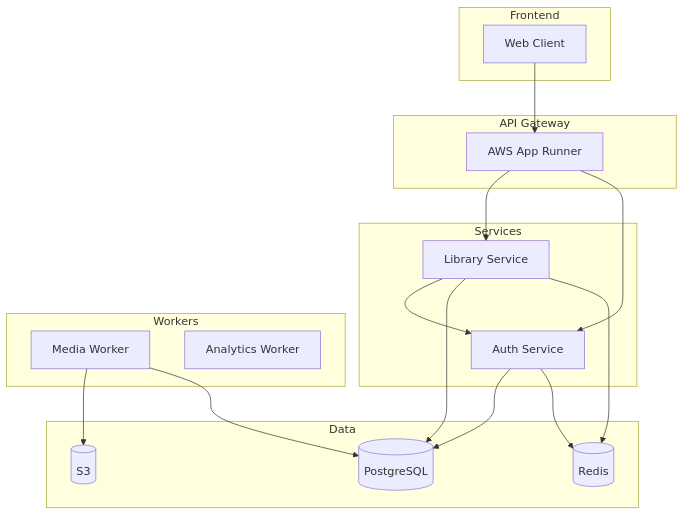
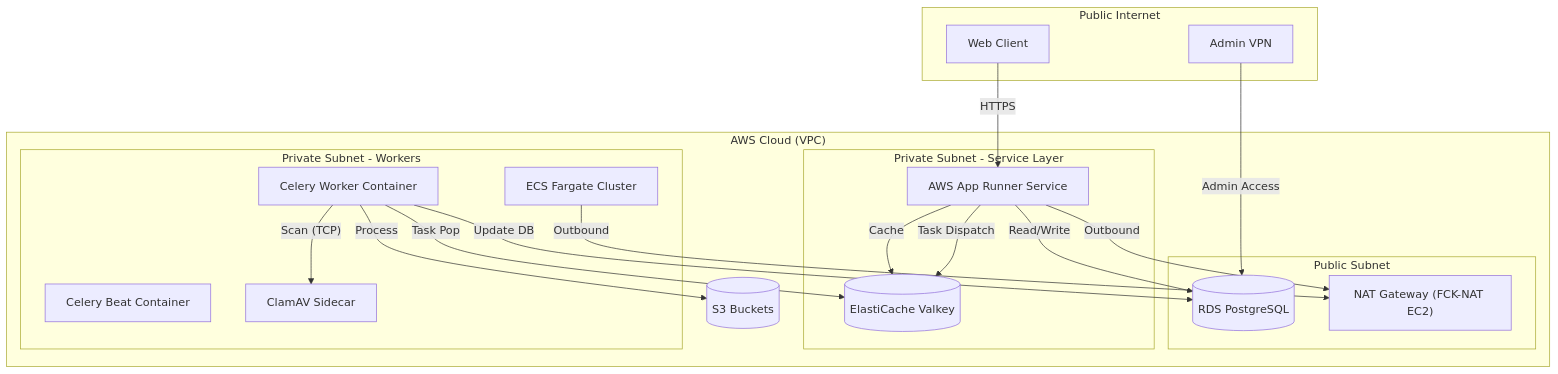
The diagram in docs/technical-report.md (ringlochid/openshelves-core), drawn with Mermaid before and after one commit. The commit also changed other lines of this file and 7 other files, not shown here.

````diff
--- a/docs/technical-report.md
+++ b/docs/technical-report.md
@@ -29,37 +33,48 @@
 ```mermaid
 graph TB
-    subgraph "Frontend"
+    subgraph "Public Internet"
         Client[Web Client]
+        VPN[Admin VPN]
     end
     
-    subgraph "API Gateway"
-        AppRunner[AWS App Runner]
+    subgraph "AWS Cloud (VPC)"
+        subgraph "Public Subnet"
+            RDS[("RDS PostgreSQL")]
+            NAT["NAT Gateway (FCK-NAT EC2)"]
+        end
+        
+        subgraph "Private Subnet - Service Layer"
+            AppRunner[AWS App Runner Service]
+            Redis[("ElastiCache Valkey")]
+        end
+        
+        subgraph "Private Subnet - Workers"
+            Fargate[ECS Fargate Cluster]
+            CeleryWorker[Celery Worker Container]
+            CeleryBeat[Celery Beat Container]
+            ClamAV[ClamAV Sidecar]
+        end
+        
+        S3[(S3 Buckets)]
     end
     
-    subgraph "Services"
-        Library[Library Service]
-        Auth[Auth Service]
-    end
+    %% Traffic Flow
+    Client --HTTPS--> AppRunner
+    VPN --Admin Access--> RDS
     
-    subgraph "Workers"
-        MediaWorker[Media Worker]
-        AnalyticsWorker[Analytics Worker]
-    end
+    %% Service Communications
+    AppRunner --Read/Write--> RDS
+    AppRunner --Cache--> Redis
+    AppRunner --Task Dispatch--> Redis
     
-    subgraph "Data"
-        PG[(PostgreSQL)]
-        Redis[(Redis)]
-        S3[(S3)]
-    end
+    %% Worker Communications
+    CeleryWorker --Task Pop--> Redis
+    CeleryWorker --Process--> S3
+    CeleryWorker --Scan (TCP)--> ClamAV
+    CeleryWorker --Update DB--> RDS
     
-    Client --> AppRunner
-    AppRunner --> Library
-    AppRunner --> Auth
-    Library --> Auth
-    Library --> PG
-    Library --> Redis
-    Auth --> PG
-    Auth --> Redis
-    MediaWorker --> S3
-    MediaWorker --> PG
+    %% External Access via NAT
+    Fargate --Outbound--> NAT
+    AppRunner --Outbound--> NAT
+
 ```
````
